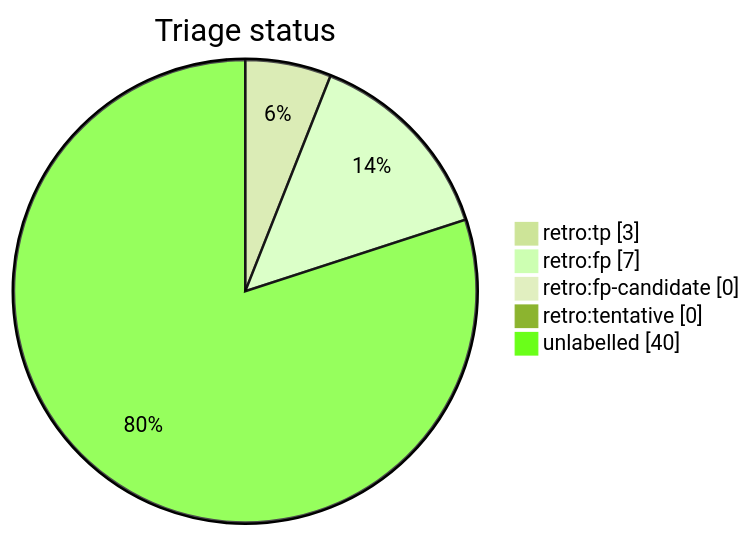
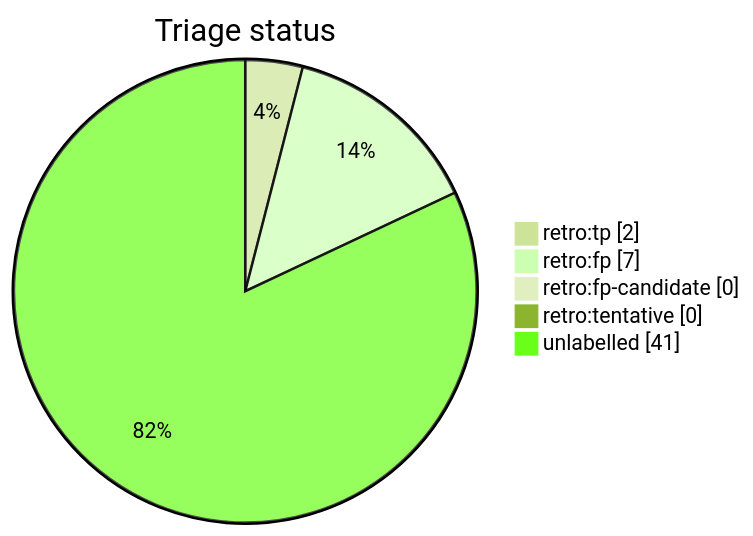
One commit to tvna/claude-md changed the diagram in docs/generated/scripts/auto-retro-triage-report.md. Above: the diagram before and after it, drawn with Mermaid (forest theme). The commit also changed other lines of this file, not shown here.

First line of the commit message:
chore(auto-retro): refresh triage report

````diff
--- a/docs/generated/scripts/auto-retro-triage-report.md
+++ b/docs/generated/scripts/auto-retro-triage-report.md
@@ -15,9 +15,9 @@
 ```mermaid
 pie showData
     title Triage status
-    "retro:tp" : 3
+    "retro:tp" : 2
     "retro:fp" : 7
     "retro:fp-candidate" : 0
     "retro:tentative" : 0
-    "unlabelled" : 40
+    "unlabelled" : 41
 ```
````
